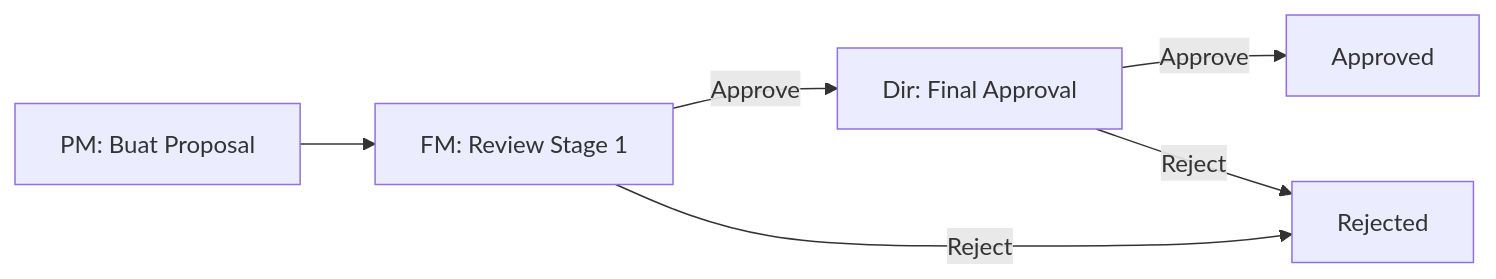
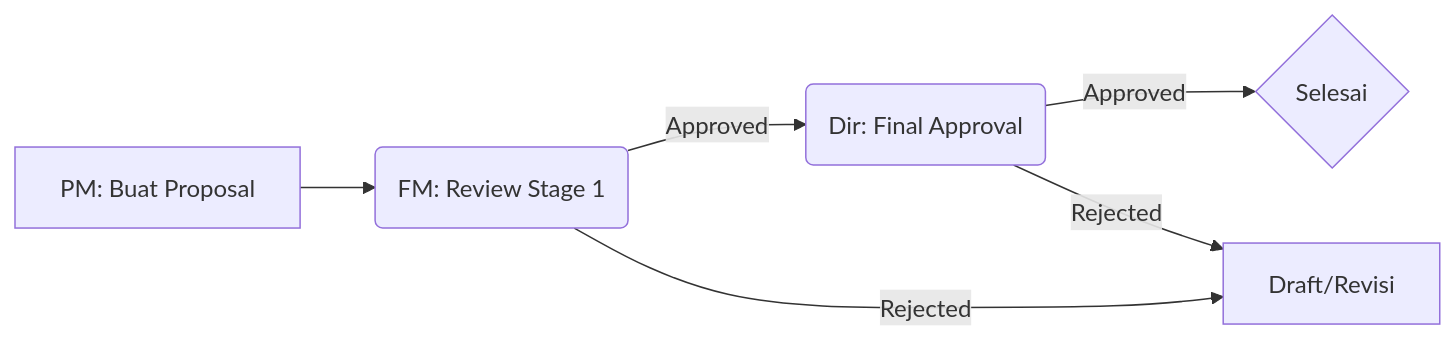
Before and after one commit to lutfi238/prcf_keuangan: the first of 2 diagrams in README.md, drawn with Mermaid. The commit also changed other lines of this file and 2 other files, not shown here.

````diff
--- a/README.md
+++ b/README.md
@@ -387,8 +61,8 @@
 ```mermaid
 graph LR
-    A[PM: Buat Proposal] --> B[FM: Review Stage 1]
-    B -->|Approve| C[Dir: Final Approval]
-    B -->|Reject| D[Rejected]
-    C -->|Approve| E[Approved]
-    C -->|Reject| D
+    A[PM: Buat Proposal] --> B(FM: Review Stage 1)
+    B -->|Approved| C(Dir: Final Approval)
+    B -->|Rejected| D[Draft/Revisi]
+    C -->|Approved| E{Selesai}
+    C -->|Rejected| D
 ```
````
